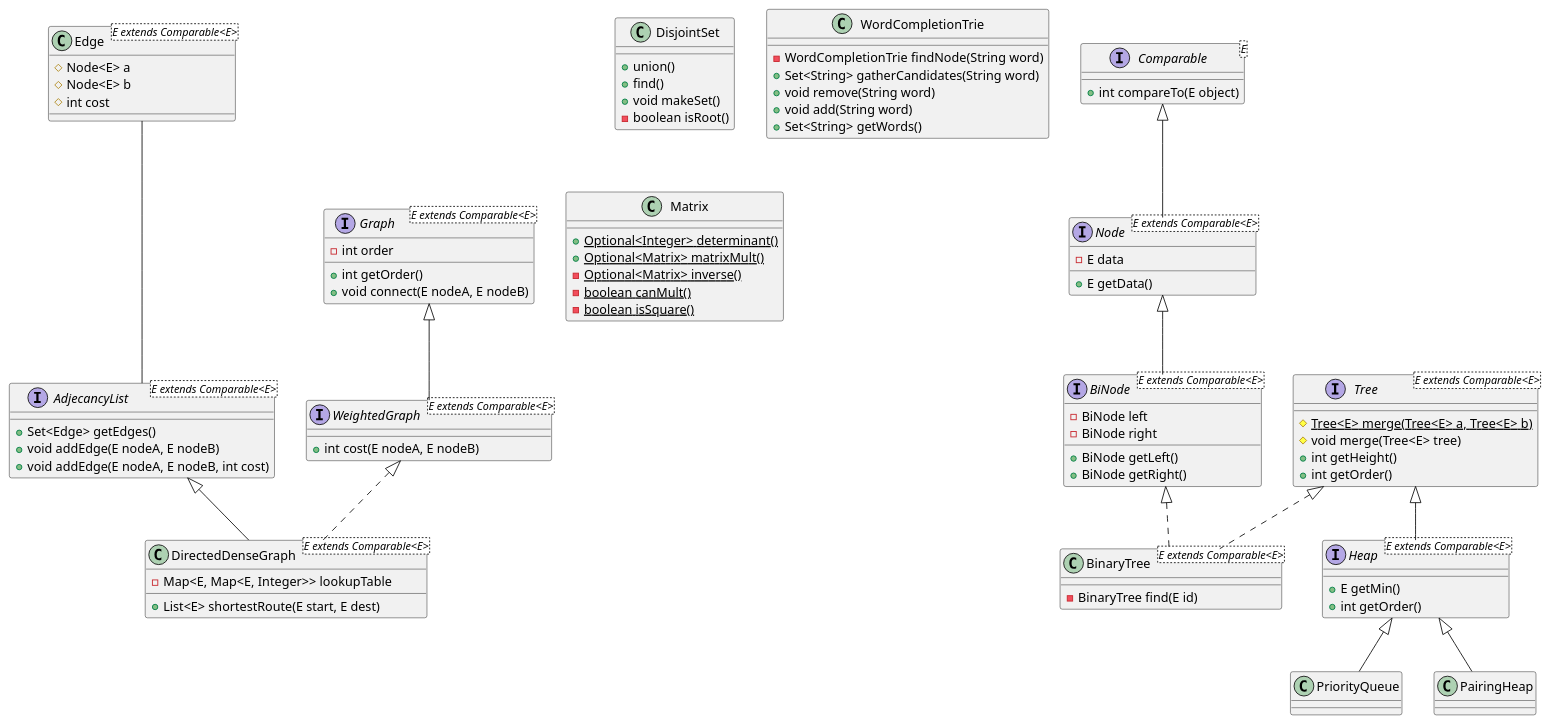
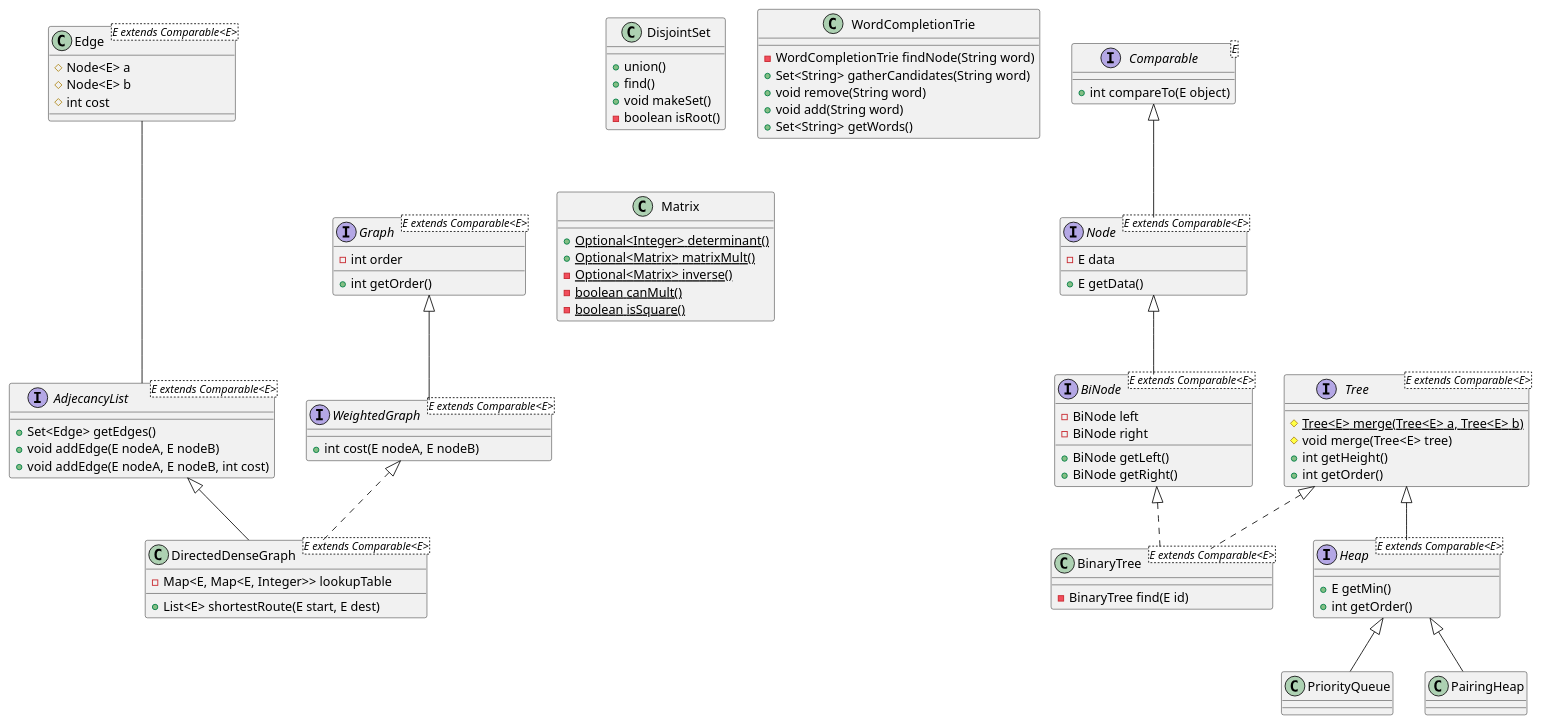
One commit to nl253/Algorithms changed the diagram in java/src/data_structures/data_structures.puml. Above: the diagram before and after it, drawn with PlantUML. The commit also changed 8 other files, not shown here.

```diff
--- a/java/src/data_structures/data_structures.puml
+++ b/java/src/data_structures/data_structures.puml
@@ -1,90 +1,89 @@
 @startuml
 
 class DisjointSet {
     + union()
     + find()
     + void makeSet()
     - boolean isRoot()
 }
 
 class WordCompletionTrie {
     - WordCompletionTrie findNode(String word)
     + Set<String> gatherCandidates(String word)
     + void remove(String word)
     + void add(String word)
     + Set<String> getWords()
 }
 
 interface Comparable<E> {
     + int compareTo(E object)
 }
 
 interface Node<E extends Comparable<E>> extends Comparable {
    - E data
    + E getData()
 }
 
 interface BiNode<E extends Comparable<E>> extends Node {
    - BiNode left
    - BiNode right
    + BiNode getLeft()
    + BiNode getRight()
 }
 
 class Edge<E extends Comparable<E>> {
     # Node<E> a
     # Node<E> b
     # int cost
 }
 
 interface Graph<E extends Comparable<E>> {
     - int order
     + int getOrder()
-    + void connect(E nodeA, E nodeB)
 }
 
 interface AdjecancyList<E extends Comparable<E>> {
     + Set<Edge> getEdges()
     + void addEdge(E nodeA, E nodeB)
     + void addEdge(E nodeA, E nodeB, int cost)
 }
 
 interface WeightedGraph<E extends Comparable<E>> extends Graph {
     + int cost(E nodeA, E nodeB)
 }
 
 class BinaryTree<E extends Comparable<E>> implements Tree, BiNode {
     - BinaryTree find(E id)
 }
 
 interface Tree<E extends Comparable<E>> {
     # Tree<E> {static} merge(Tree<E> a, Tree<E> b)
     # void merge(Tree<E> tree)
     + int getHeight()
     + int getOrder()
 }
 
 interface Heap<E extends Comparable<E>> extends Tree {
     + E getMin()
     + int getOrder()
 }
 
 class DirectedDenseGraph<E extends Comparable<E>> implements WeightedGraph {
     - Map<E, Map<E, Integer>> lookupTable
     + List<E> shortestRoute(E start, E dest)
 }
 
 class Matrix {
     {static} + Optional<Integer> determinant()
     {static} + Optional<Matrix> matrixMult()
     {static} - Optional<Matrix> inverse()
     {static} - boolean canMult()
     {static} - boolean isSquare()
 }
 
 Heap <|-- PriorityQueue
 Heap <|-- PairingHeap
 AdjecancyList <|-- DirectedDenseGraph
 AdjecancyList -up-- Edge
 
 @enduml
```
